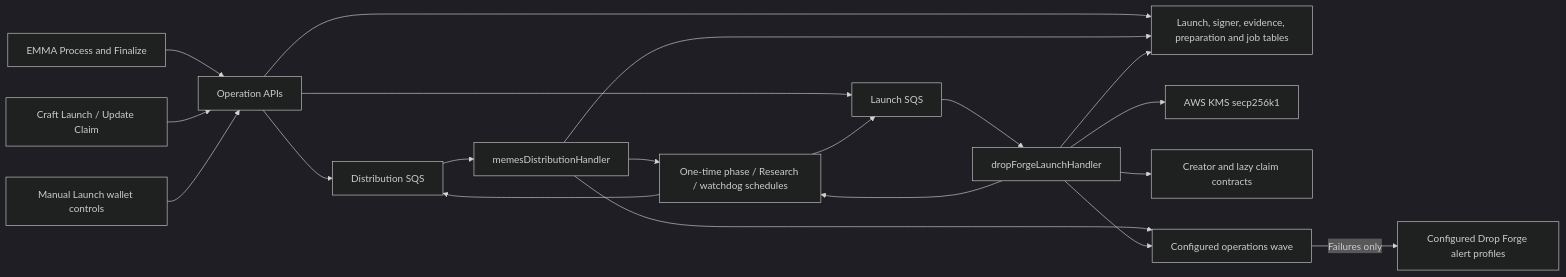
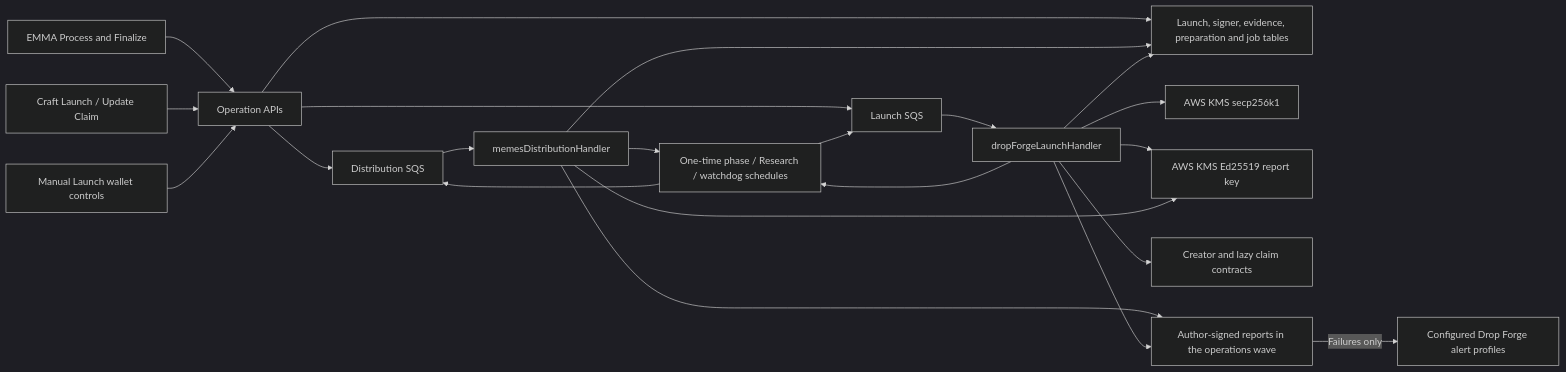
Before and after one commit to 6529-Collections/6529seize-backend: the fourth of 4 diagrams in docs/architecture.md, drawn with Mermaid (dark theme). The commit also changed 11 other files, not shown here.

Commit message:
Sign Drop Forge reports with a delegated KMS key

````diff
--- a/docs/architecture.md
+++ b/docs/architecture.md
@@ -2465,22 +2465,24 @@
 ```mermaid
 flowchart LR
   EMMA[EMMA Process and Finalize] --> API[Operation APIs]
   Craft[Craft Launch / Update Claim] --> API
   Manual[Manual Launch wallet controls] --> API
   API --> DB[Launch, signer, evidence, preparation and job tables]
   API --> PrepQueue[Distribution SQS]
   API --> LaunchQueue[Launch SQS]
   PrepQueue --> Prep[memesDistributionHandler]
   LaunchQueue --> Worker[dropForgeLaunchHandler]
   Worker --> Scheduler[One-time phase / Research / watchdog schedules]
   Prep --> Scheduler
   Scheduler --> PrepQueue
   Scheduler --> LaunchQueue
   Prep --> DB
   Worker --> DB
   Worker --> KMS[AWS KMS secp256k1]
+  Worker --> ReportKMS[AWS KMS Ed25519 report key]
+  Prep --> ReportKMS
   Worker --> Chain[Creator and lazy claim contracts]
-  Prep --> Wave[Configured operations wave]
+  Prep --> Wave[Author-signed reports in the operations wave]
   Worker --> Wave
   Wave -->|Failures only| Alerts[Configured Drop Forge alert profiles]
 ```
````
